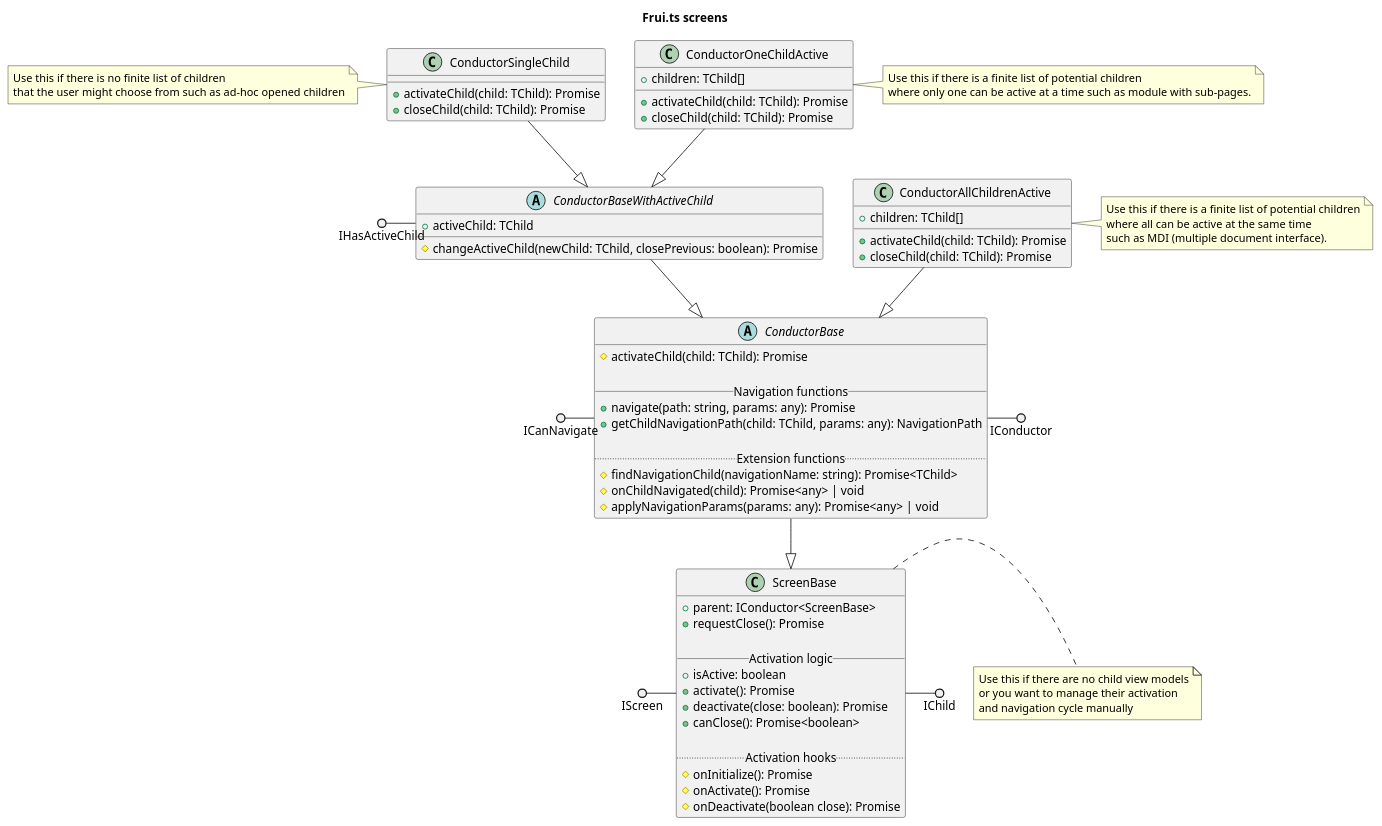
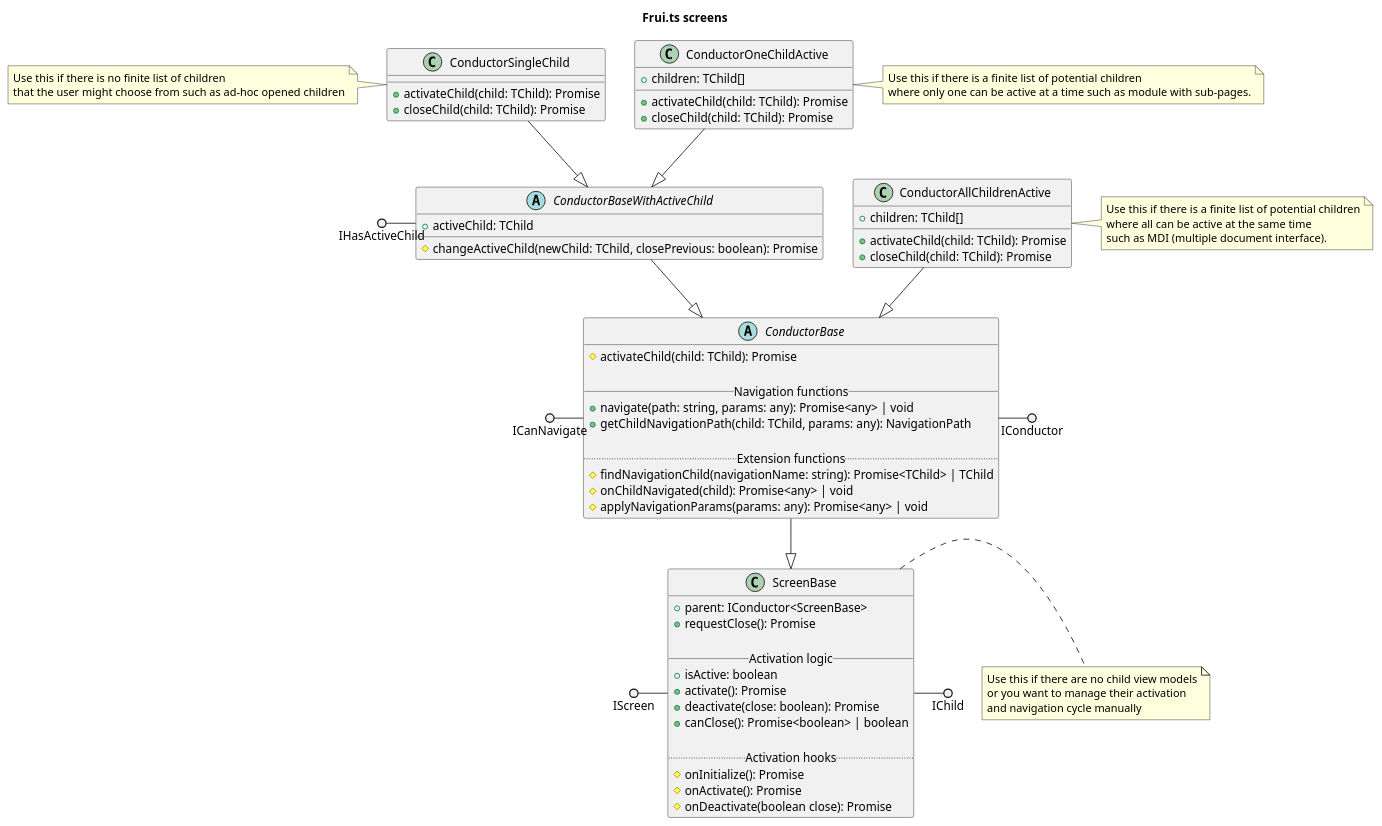
The diagram in packages/screens/classes.puml (eManPrague/frui.ts), drawn with PlantUML before and after one commit. The commit also changed 13 other files, not shown here.

```diff
--- a/packages/screens/classes.puml
+++ b/packages/screens/classes.puml
@@ -1,93 +1,93 @@
 @startuml
 
 title Frui.ts screens
 
 class ScreenBase {
   +parent: IConductor<ScreenBase>
   +requestClose(): Promise
 
   __ Activation logic __
   +isActive: boolean
   +activate(): Promise
   +deactivate(close: boolean): Promise
-  +canClose(): Promise<boolean>
+  +canClose(): Promise<boolean> | boolean
 
   .. Activation hooks ..
   #onInitialize(): Promise
   #onActivate(): Promise
   #onDeactivate(boolean close): Promise
 }
 note right
   Use this if there are no child view models
   or you want to manage their activation
   and navigation cycle manually
 end note
 
 IScreen ()- ScreenBase
 ScreenBase -() IChild
 
 abstract class ConductorBase {
   #activateChild(child: TChild): Promise
 
   __ Navigation functions __
-  +navigate(path: string, params: any): Promise
+  +navigate(path: string, params: any): Promise<any> | void
   +getChildNavigationPath(child: TChild, params: any): NavigationPath
 
   .. Extension functions ..
-  #findNavigationChild(navigationName: string): Promise<TChild>
+  #findNavigationChild(navigationName: string): Promise<TChild> | TChild
   #onChildNavigated(child): Promise<any> | void
   #applyNavigationParams(params: any): Promise<any> | void
 }
 
 ConductorBase --|> ScreenBase
 ConductorBase -() IConductor
 ICanNavigate ()- ConductorBase
 
 abstract class ConductorBaseWithActiveChild {
   +activeChild: TChild
 
   #changeActiveChild(newChild: TChild, closePrevious: boolean): Promise
 }
 
 ConductorBaseWithActiveChild --|> ConductorBase
 IHasActiveChild ()- ConductorBaseWithActiveChild
 
 class ConductorSingleChild {
   +activateChild(child: TChild): Promise
   +closeChild(child: TChild): Promise
 }
 note left
   Use this if there is no finite list of children
   that the user might choose from such as ad-hoc opened children
 end note
 
 ConductorSingleChild --|> ConductorBaseWithActiveChild
 
 class ConductorOneChildActive {
   +children: TChild[]
 
   +activateChild(child: TChild): Promise
   +closeChild(child: TChild): Promise
 }
 note right
   Use this if there is a finite list of potential children
   where only one can be active at a time such as module with sub-pages.
 end note
 
 ConductorOneChildActive --|> ConductorBaseWithActiveChild
 
 class ConductorAllChildrenActive {
   +children: TChild[]
 
   +activateChild(child: TChild): Promise
   +closeChild(child: TChild): Promise
 }
 note right
   Use this if there is a finite list of potential children
   where all can be active at the same time
   such as MDI (multiple document interface).
 end note
 
 ConductorAllChildrenActive --|> ConductorBase
 
 @enduml
```
